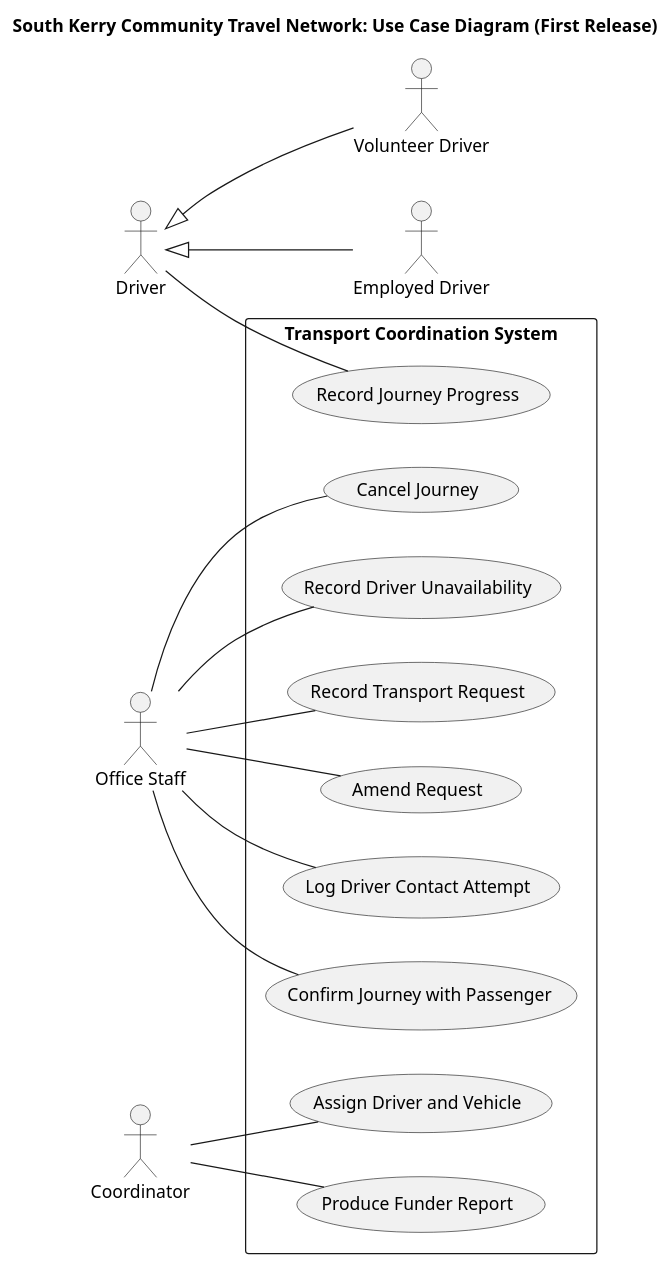
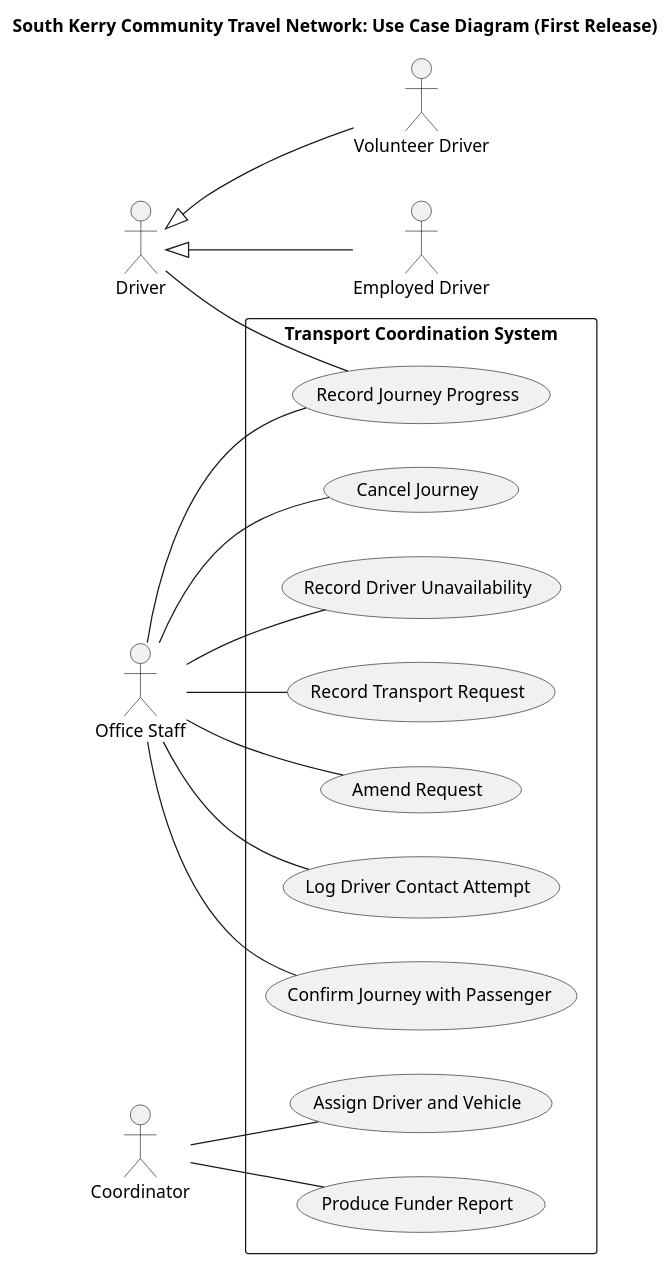
The diagram in diagrams/use-case-diagram.puml (isabellelynch/RuralHealthAppointmentTransportService), drawn with PlantUML before and after one commit. The commit also changed 11 other files, not shown here.

```diff
--- a/diagrams/use-case-diagram.puml
+++ b/diagrams/use-case-diagram.puml
@@ -1,37 +1,38 @@
 @startuml use-case-diagram
 left to right direction
 
 title South Kerry Community Travel Network: Use Case Diagram (First Release)
 
 actor "Office Staff" as Staff
 actor "Coordinator" as Coord
 actor "Driver" as Driver
 actor "Volunteer Driver" as VDriver
 actor "Employed Driver" as EDriver
 
 VDriver -up-|> Driver
 EDriver -up-|> Driver
 
 rectangle "Transport Coordination System" {
   usecase "Record Transport Request" as UC01
   usecase "Amend Request" as UC02
   usecase "Log Driver Contact Attempt" as UC04
   usecase "Confirm Journey with Passenger" as UC05
   usecase "Cancel Journey" as UC07
   usecase "Record Driver Unavailability" as UC08
   usecase "Assign Driver and Vehicle" as UC03
   usecase "Produce Funder Report" as UC09
   usecase "Record Journey Progress" as UC06
 }
 
 Staff -- UC01
 Staff -- UC02
 Staff -- UC04
 Staff -- UC05
 Staff -- UC07
 Staff -- UC08
+Staff -- UC06
 Coord -- UC03
 Coord -- UC09
 Driver -- UC06
 
 @enduml
```
